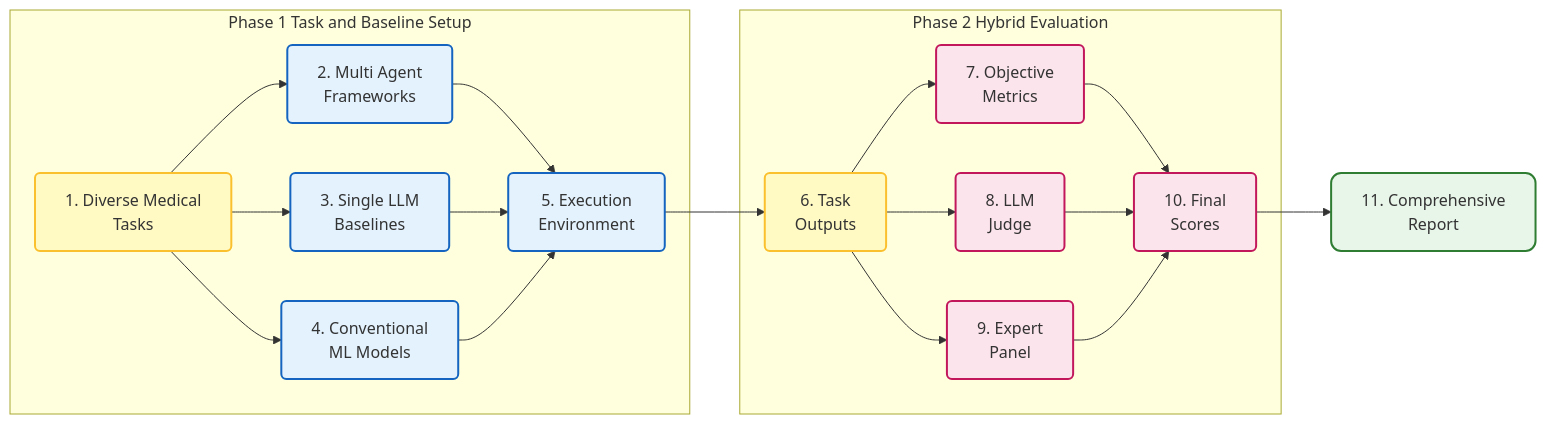
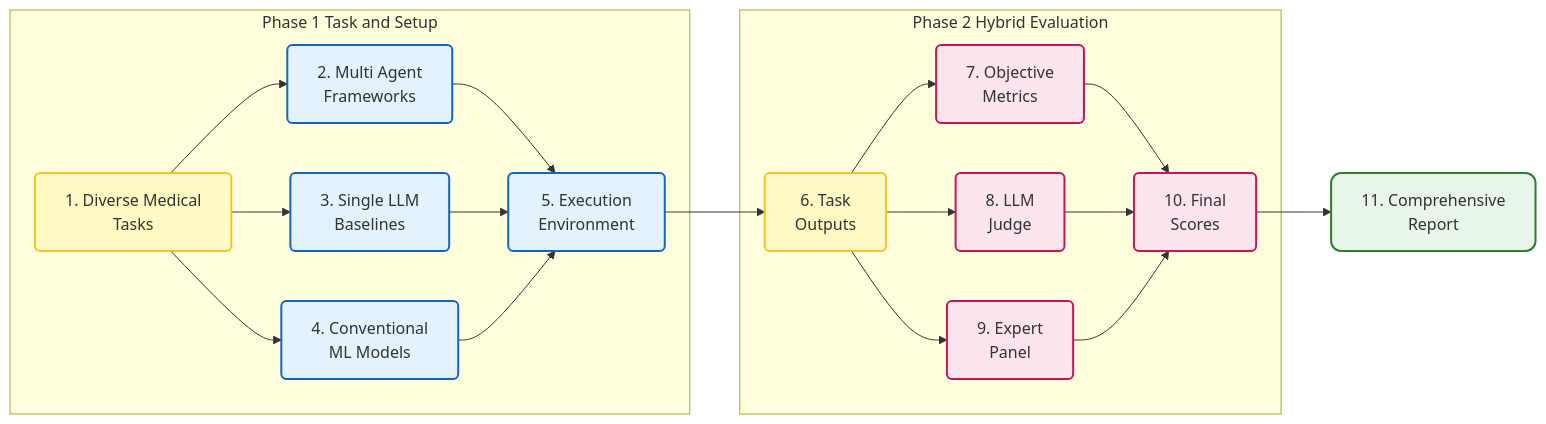
One commit to hhtrocket/HHT-Benchmark-dataset changed the third of 5 diagrams in Literature Review/brief report 2.md. Above: the diagram before and after it, drawn with Mermaid. The commit also changed other lines of this file, not shown here.

````diff
--- a/Literature Review/brief report 2.md
+++ b/Literature Review/brief report 2.md
@@ -130,42 +130,42 @@
 ```mermaid
 graph LR
     classDef phase1 fill:#e3f2fd,stroke:#1565c0,stroke-width:2px,rx:5,ry:5;
     classDef phase2 fill:#fce4ec,stroke:#c2185b,stroke-width:2px,rx:5,ry:5;
     classDef input fill:#fff9c4,stroke:#fbc02d,stroke-width:2px,rx:5,ry:5;
     classDef report fill:#e8f5e9,stroke:#2e7d32,stroke-width:2px,rx:10,ry:10;
 
-    subgraph Phase1 [Phase 1 Task and Baseline Setup]
+    subgraph Phase1 [Phase 1 Task and Setup]
         Task["1. Diverse Medical<br/>Tasks"]:::input
         MultiAgent["2. Multi Agent<br/>Frameworks"]:::phase1
         SingleLLM["3. Single LLM<br/>Baselines"]:::phase1
         ConvML["4. Conventional<br/>ML Models"]:::phase1
         Exec["5. Execution<br/>Environment"]:::phase1
         
         Task --> MultiAgent
         Task --> SingleLLM
         Task --> ConvML
         MultiAgent --> Exec
         SingleLLM --> Exec
         ConvML --> Exec
     end
 
     subgraph Phase2 [Phase 2 Hybrid Evaluation]
         Out["6. Task<br/>Outputs"]:::input
         Obj["7. Objective<br/>Metrics"]:::phase2
         Judge["8. LLM<br/>Judge"]:::phase2
         Human["9. Expert<br/>Panel"]:::phase2
         Score["10. Final<br/>Scores"]:::phase2
         
         Exec --> Out
         Out --> Obj
         Out --> Judge
         Out --> Human
         Obj --> Score
         Judge --> Score
         Human --> Score
     end
 
     Report["11. Comprehensive<br/>Report"]:::report
     
     Score --> Report
 ```
````
